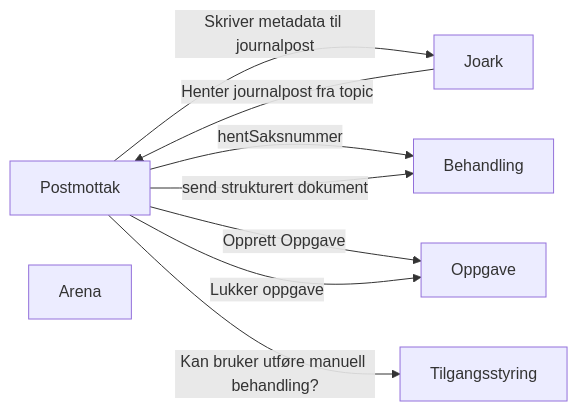
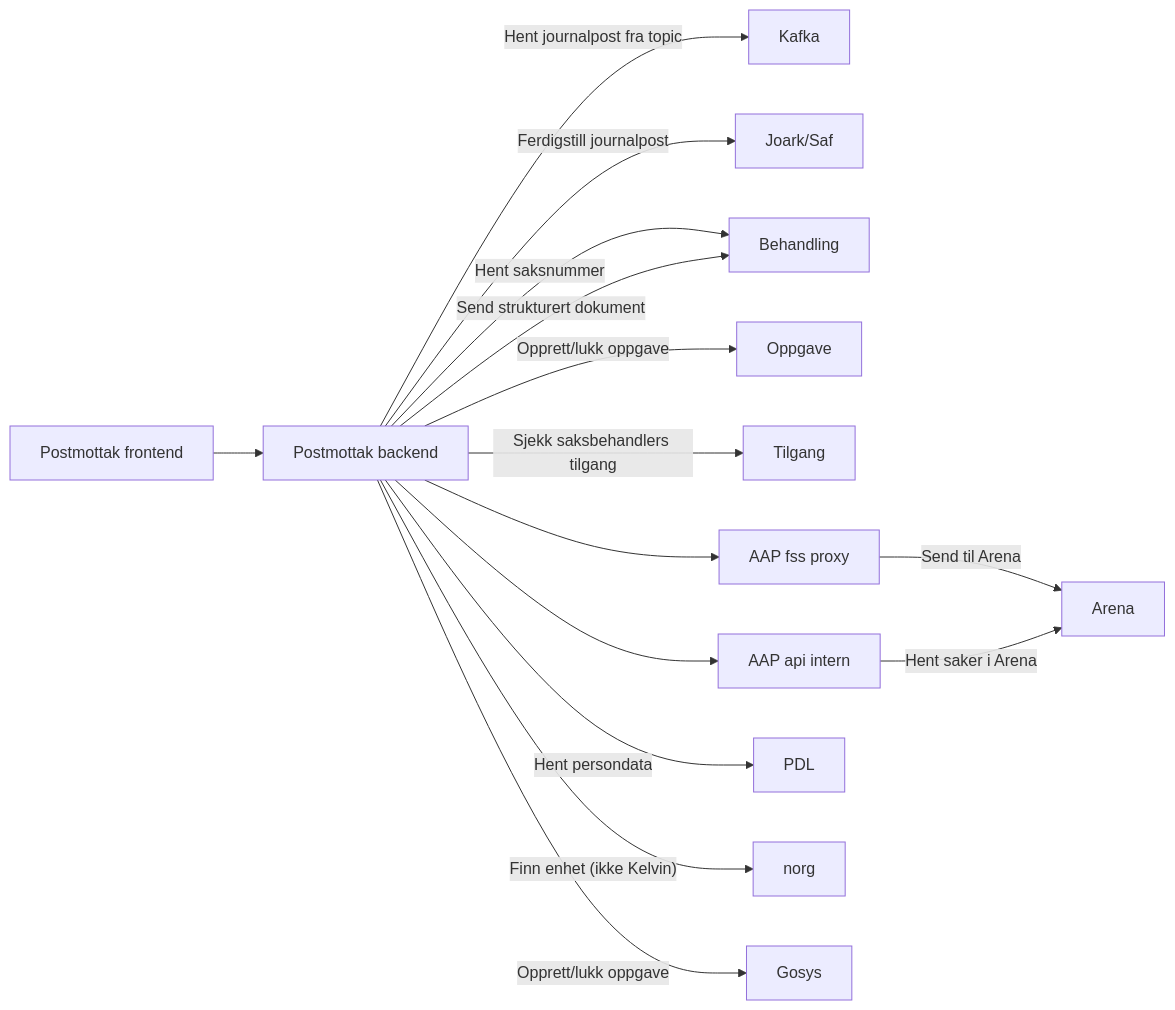
One commit to navikt/aap-intern-sysdok changed the second of 4 diagrams in docs/funksjonalitet/12_Postmottak/teknisk.md. Above: the diagram before and after it, drawn with Mermaid. The commit also changed other lines of this file, not shown here.

Commit message:
Oppdater teknisk beskrivelse for postmottak

````diff
--- a/docs/funksjonalitet/12_Postmottak/teknisk.md
+++ b/docs/funksjonalitet/12_Postmottak/teknisk.md
@@ -9,16 +32,33 @@
 ```mermaid
 flowchart LR
-    dm[Postmottak]
-    ja[Joark]
+    post[Postmottak backend]
+    kafka[Kafka]
+    ja[Joark/Saf]
     ar[Arena]
     be[Behandling]
     op[Oppgave]
-    ts[Tilgangsstyring]
-    ja-->|Henter journalpost fra topic| dm
-    dm-->|Skriver metadata til journalpost| ja
-    dm-->|hentSaksnummer|be
-    dm-->|send strukturert dokument|be
-    dm-->|Opprett Oppgave|op
-    dm-->|Lukker oppgave|op
-    dm-->|Kan bruker utføre manuell behandling?|ts
+    ts[Tilgang]
+    proxy[AAP fss proxy]
+    api[AAP api intern]
+    pdl[PDL]
+    norg[norg]
+    gosys[Gosys]
+    frontend[Postmottak frontend]
+    
+    post-->|Hent journalpost fra topic| kafka
+    post-->|Hent saksnummer|be
+    post-->|Send strukturert dokument|be
+    post-->|Ferdigstill journalpost| ja
+    post-->|Opprett/lukk oppgave|op
+    post-->|Sjekk saksbehandlers tilgang|ts
+    post-->proxy
+    proxy-->|Send til Arena|ar
+    post-->api
+    api-->|Hent saker i Arena|ar
+    post-->|Hent persondata|pdl
+    post-->|"Finn enhet (ikke Kelvin)"|norg
+    post-->|"Opprett/lukk oppgave"|gosys
+    frontend --> post
+    
+    
 ```
````
